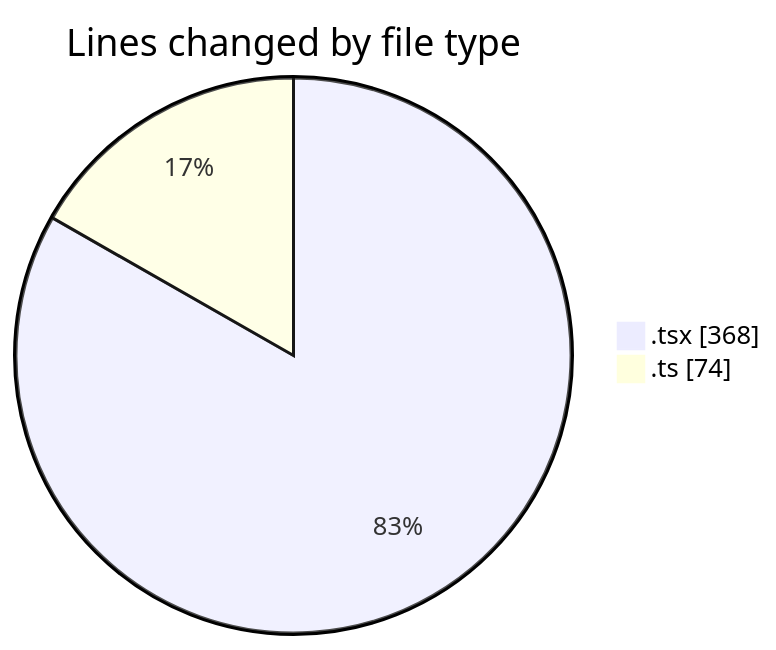
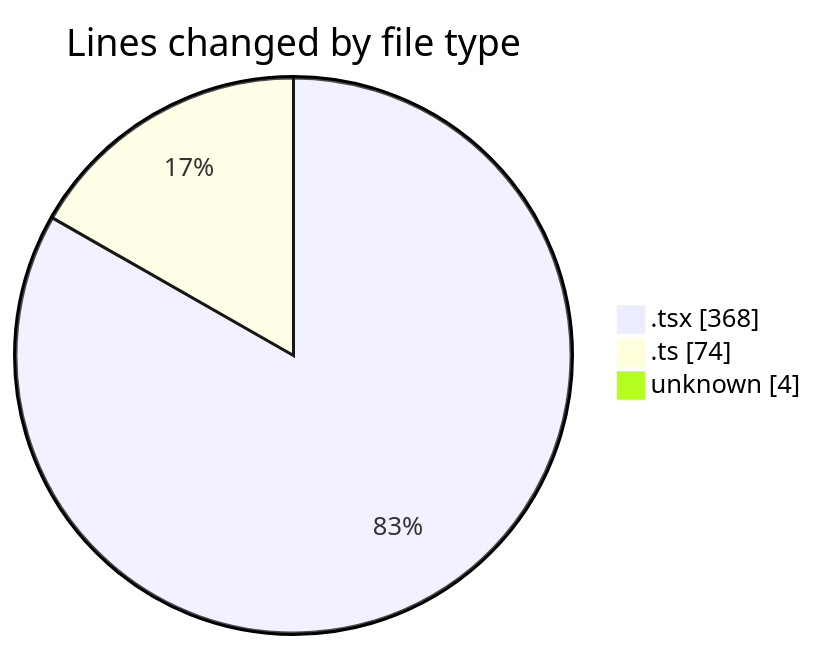
One commit to Elitesun/code-tracking changed the first of 2 diagrams in 2025-05-22/niten/README.md. Above: the diagram before and after it, drawn with Mermaid. The commit also changed other lines of this file and 1 other file, not shown here.

````diff
--- a/2025-05-22/niten/README.md
+++ b/2025-05-22/niten/README.md
@@ -23,6 +25,7 @@
 ```mermaid
 pie showData
 title Lines changed by file type
 ".tsx" : 368
 ".ts" : 74
+"unknown" : 4
 ```
````
